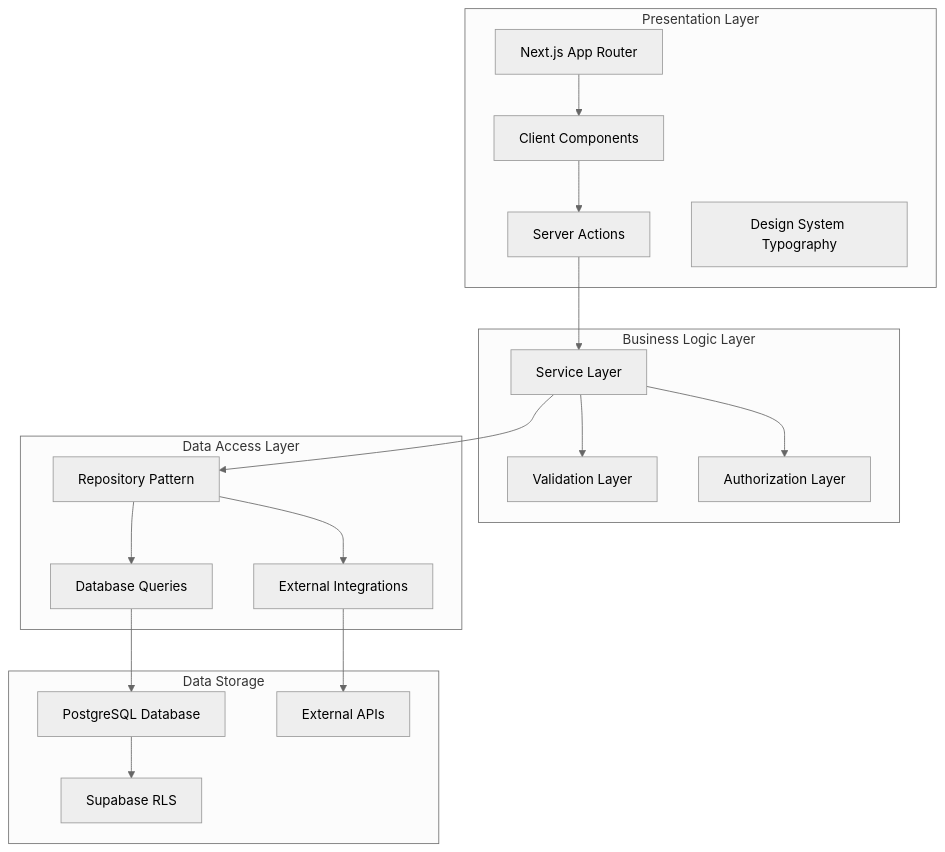
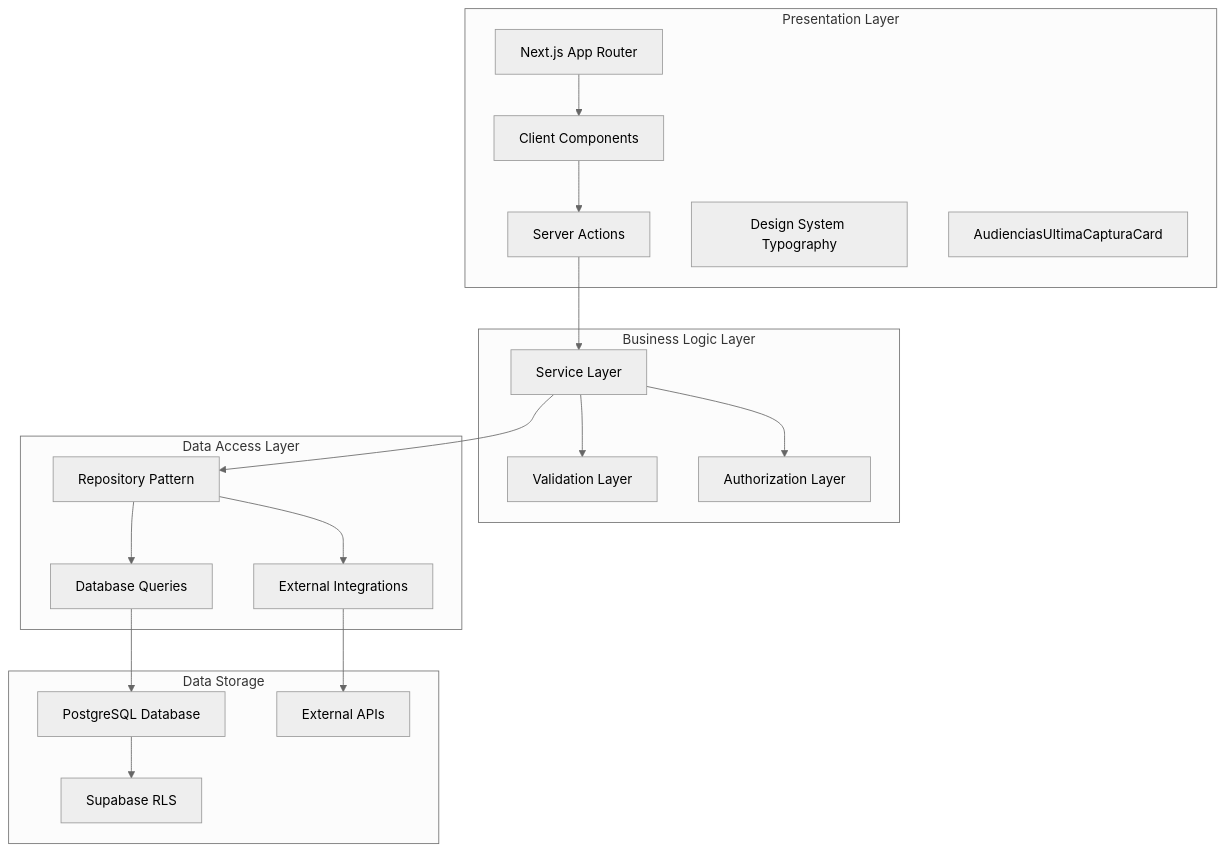
One commit to SinesysTech/zattar-os changed the fifth of 15 diagrams in .qoder/repowiki/en/content/Audiência Management.md. Above: the diagram before and after it, drawn with Mermaid (neutral theme). The commit also changed other lines of this file and 15 other files, not shown here.

Commit message:
chore(db): regenerar types após adicionar ultima_captura_id à view audiencias_com_origem

````diff
--- a/.qoder/repowiki/en/content/Audiência Management.md
+++ b/.qoder/repowiki/en/content/Audiência Management.md
@@ -278,35 +299,36 @@
 ```mermaid
 graph TD
 subgraph "Presentation Layer"
 A1[Next.js App Router]
 A2[Client Components]
 A3[Server Actions]
 A4[Design System Typography]
+A5[AudienciasUltimaCapturaCard]
 end
 subgraph "Business Logic Layer"
 B1[Service Layer]
 B2[Validation Layer]
 B3[Authorization Layer]
 end
 subgraph "Data Access Layer"
 C1[Repository Pattern]
 C2[Database Queries]
 C3[External Integrations]
 end
 subgraph "Data Storage"
 D1[PostgreSQL Database]
 D2[Supabase RLS]
 D3[External APIs]
 end
 A1 --> A2
 A2 --> A3
 A3 --> B1
 B1 --> B2
 B1 --> B3
 B1 --> C1
 C1 --> C2
 C1 --> C3
 C2 --> D1
 C3 --> D3
 D1 --> D2
 ```
````
